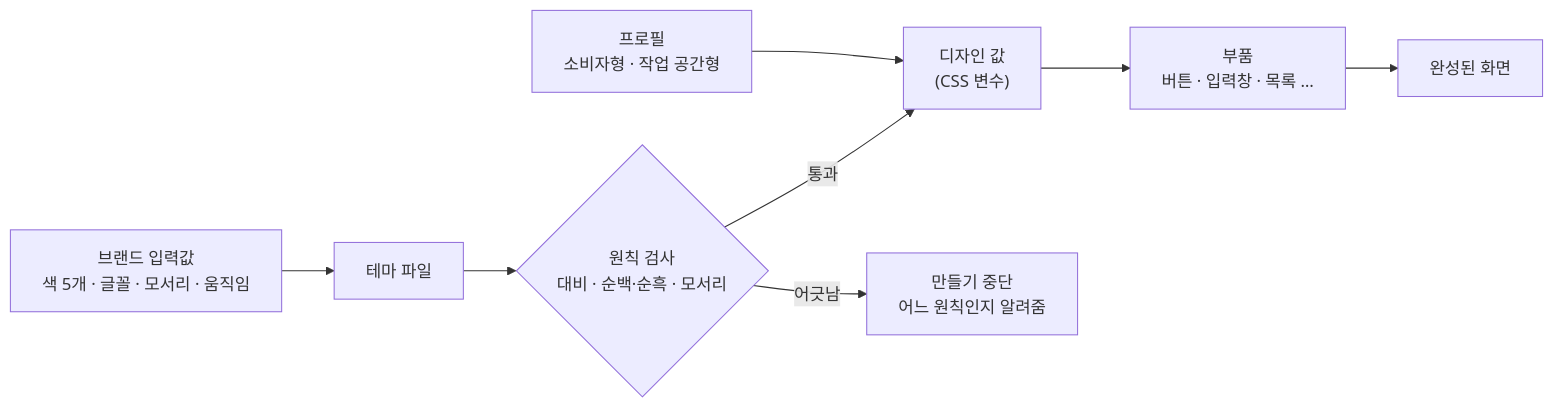
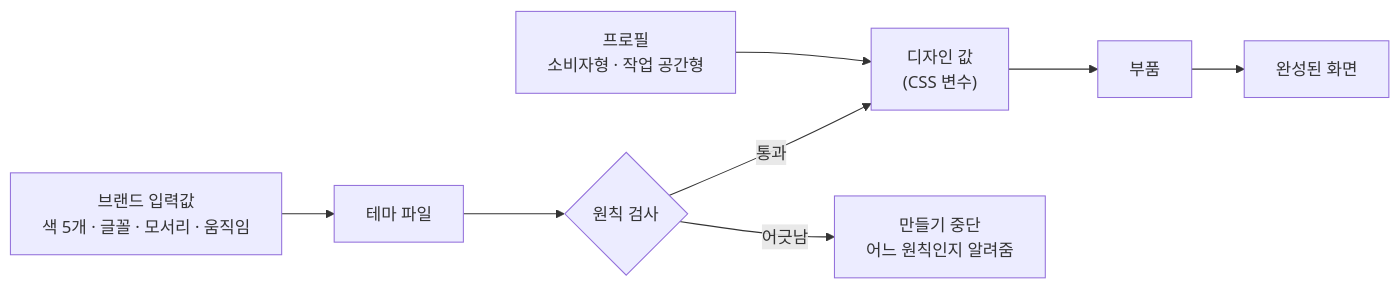
Before and after one commit to parksubeom/bumpist-design: the diagram in README.md, drawn with Mermaid. The commit also changed other lines of this file and 1 other file, not shown here.

````diff
--- a/README.md
+++ b/README.md
@@ -19,10 +55,10 @@
 ```mermaid
 flowchart LR
   input["브랜드 입력값<br/>색 5개 · 글꼴 · 모서리 · 움직임"] --> theme["테마 파일"]
-  theme --> check{"원칙 검사<br/>대비 · 순백·순흑 · 모서리"}
+  theme --> check{"원칙 검사"}
   check -- "통과" --> tokens["디자인 값<br/>(CSS 변수)"]
   check -- "어긋남" --> stop["만들기 중단<br/>어느 원칙인지 알려줌"]
-  tokens --> parts["부품<br/>버튼 · 입력창 · 목록 …"]
+  tokens --> parts["부품"]
   parts --> screen["완성된 화면"]
   profile["프로필<br/>소비자형 · 작업 공간형"] --> tokens
 ```
````
